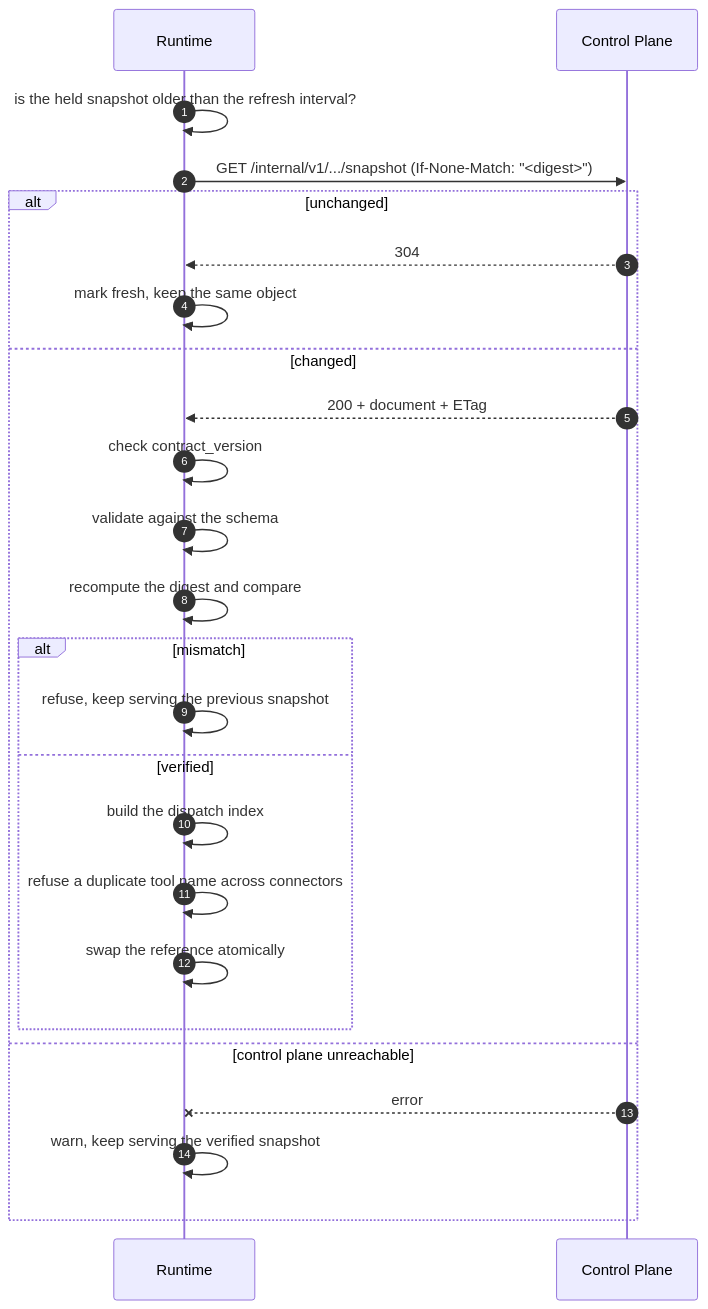
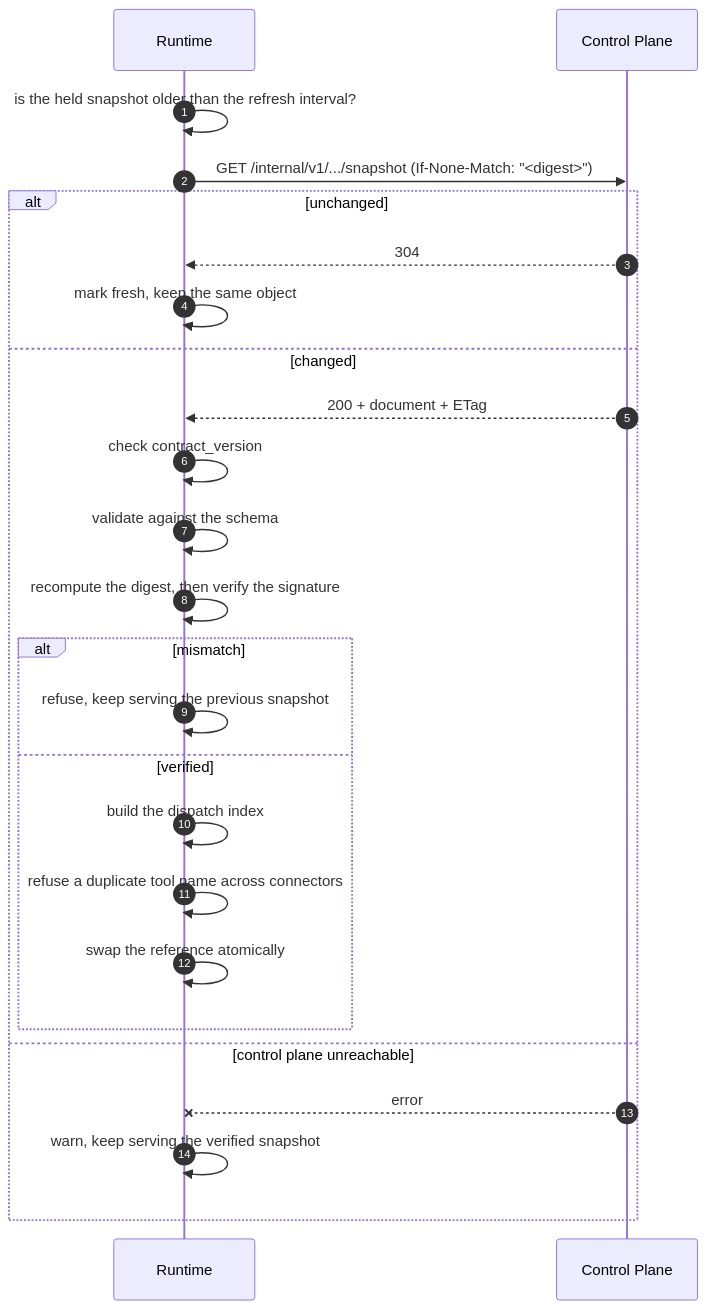
Before and after one commit to its-spark-dev/toollayer-ai: the fourth of 7 diagrams in docs/data-flow.md, drawn with Mermaid. The commit also changed 34 other files, not shown here.

````diff
--- a/docs/data-flow.md
+++ b/docs/data-flow.md
@@ -116,29 +116,29 @@
 ```mermaid
 sequenceDiagram
     autonumber
     participant RT as Runtime
     participant CP as Control Plane
 
     RT->>RT: is the held snapshot older than the refresh interval?
     RT->>CP: GET /internal/v1/.../snapshot (If-None-Match: "<digest>")
 
     alt unchanged
         CP-->>RT: 304
         RT->>RT: mark fresh, keep the same object
     else changed
         CP-->>RT: 200 + document + ETag
         RT->>RT: check contract_version
         RT->>RT: validate against the schema
-        RT->>RT: recompute the digest and compare
+        RT->>RT: recompute the digest, then verify the signature
         alt mismatch
             RT->>RT: refuse, keep serving the previous snapshot
         else verified
             RT->>RT: build the dispatch index
             RT->>RT: refuse a duplicate tool name across connectors
             RT->>RT: swap the reference atomically
         end
     else control plane unreachable
         CP--xRT: error
         RT->>RT: warn, keep serving the verified snapshot
     end
 ```
````
